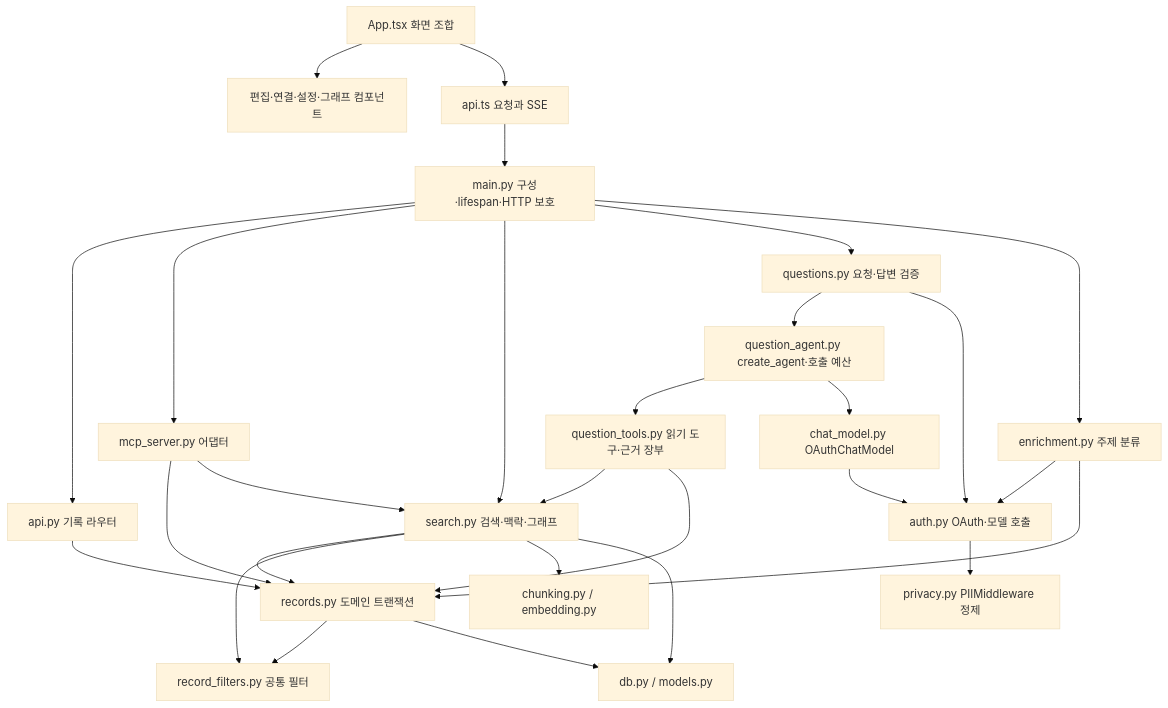
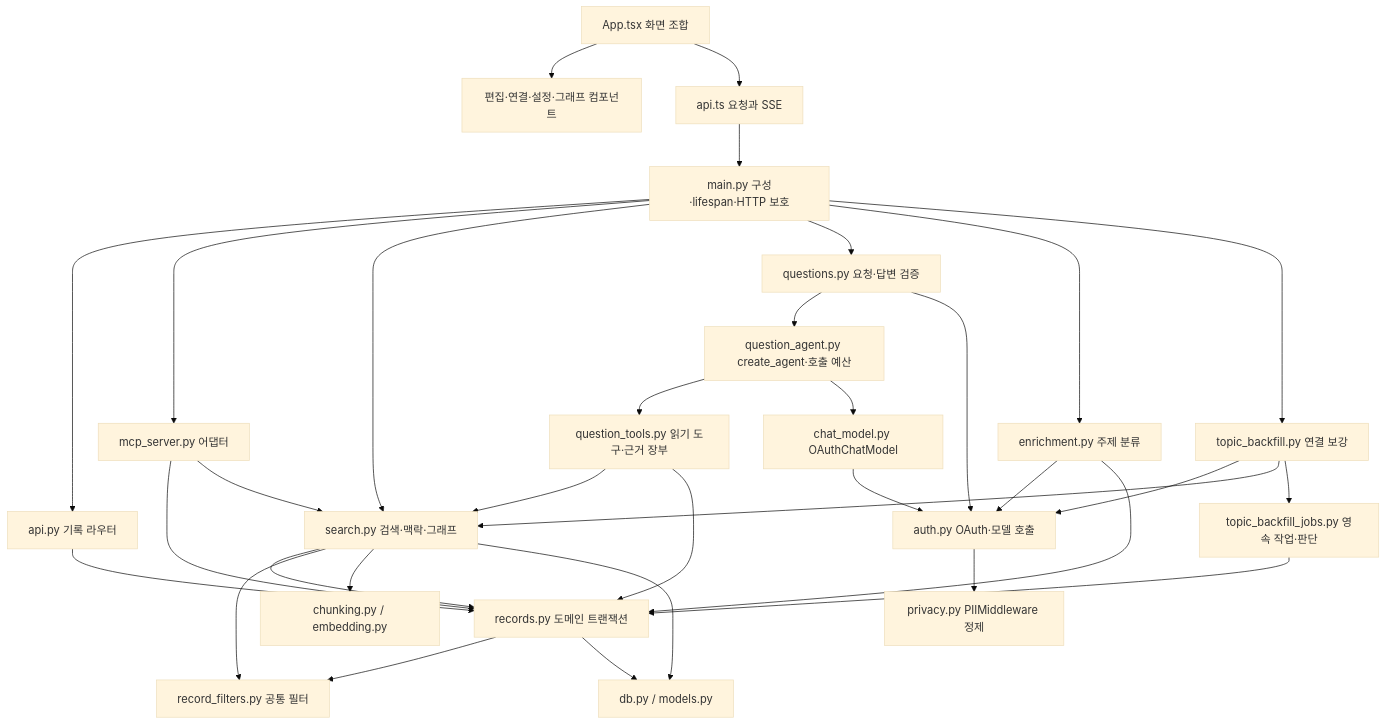
One commit to jhpark324/cache-me-if-you-can changed the second of 4 diagrams in docs/architecture/current-system.md. Above: the diagram before and after it, drawn with Mermaid (base theme). The commit also changed other lines of this file and 19 other files, not shown here.

````diff
--- a/docs/architecture/current-system.md
+++ b/docs/architecture/current-system.md
@@ -38,30 +41,35 @@
 ```mermaid
 flowchart TB
     App[App.tsx 화면 조합] --> UI[편집·연결·설정·그래프 컴포넌트]
     App --> Client[api.ts 요청과 SSE]
     Client --> Main[main.py 구성·lifespan·HTTP 보호]
     Main --> HTTP[api.py 기록 라우터]
     Main --> MCP[mcp_server.py 어댑터]
     HTTP --> Records[records.py 도메인 트랜잭션]
     MCP --> Records
     MCP --> Search[search.py 검색·맥락·그래프]
     Main --> Search
     Main --> Questions[questions.py 요청·답변 검증]
     Questions --> Agent[question_agent.py create_agent·호출 예산]
     Agent --> Tools[question_tools.py 읽기 도구·근거 장부]
     Tools --> Search
     Tools --> Records
     Agent --> Chat[chat_model.py OAuthChatModel]
     Chat --> Auth[auth.py OAuth·모델 호출]
     Questions --> Auth
     Auth --> PII[privacy.py PIIMiddleware 정제]
     Main --> Enrich[enrichment.py 주제 분류]
     Enrich --> Auth
     Enrich --> Records
+    Main --> Backfill[topic_backfill.py 연결 보강]
+    Backfill --> Auth
+    Backfill --> Search
+    Backfill --> BackfillJobs[topic_backfill_jobs.py 영속 작업·판단]
+    BackfillJobs --> Records
     Search --> Records
     Records --> Filters[record_filters.py 공통 필터]
     Search --> Filters
     Records --> DB[db.py / models.py]
     Search --> Chunk[chunking.py / embedding.py]
     Search --> DB
 ```
````
